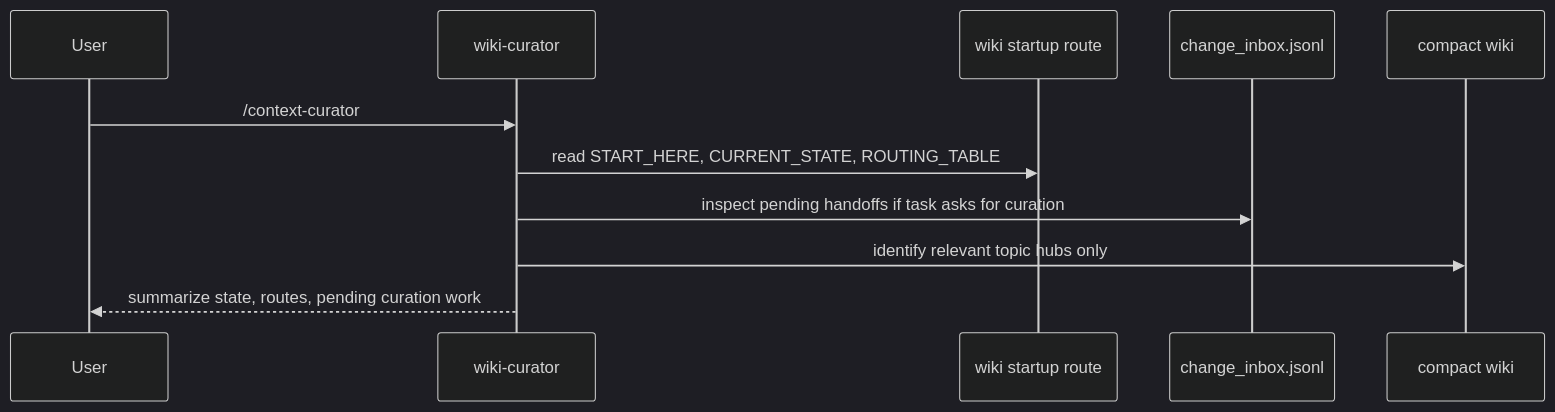
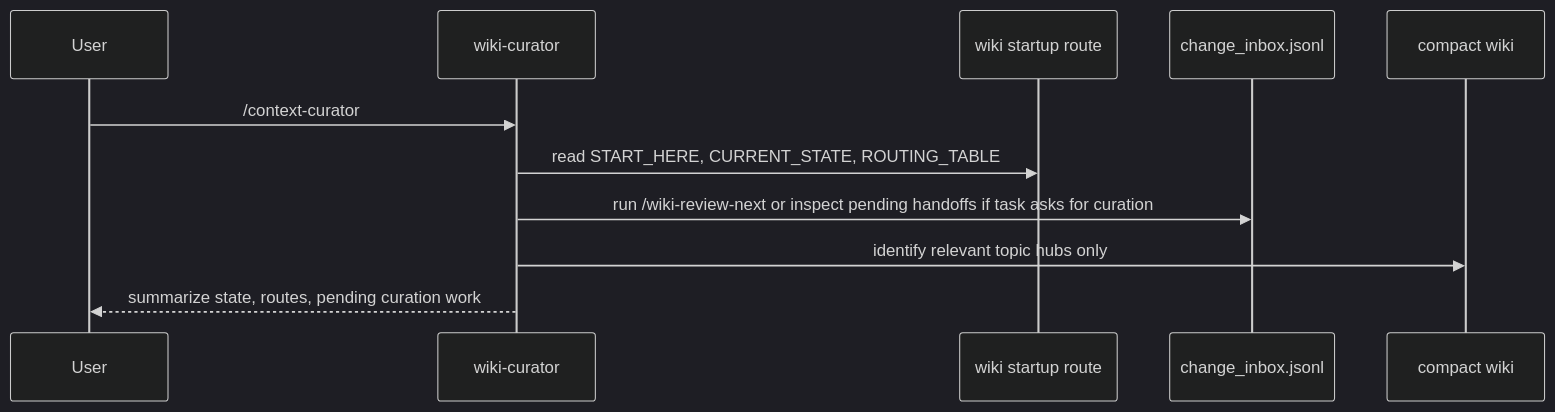
One commit to zsayem30/agent-wiki changed the first of 3 diagrams in docs/curator-workflow.md. Above: the diagram before and after it, drawn with Mermaid (dark theme). The commit also changed other lines of this file and 37 other files, not shown here.

````diff
--- a/docs/curator-workflow.md
+++ b/docs/curator-workflow.md
@@ -28,14 +29,14 @@
 ```{mermaid}
 sequenceDiagram
     participant User
     participant Curator as wiki-curator
     participant Route as wiki startup route
     participant Inbox as change_inbox.jsonl
     participant Wiki as compact wiki
 
     User->>Curator: /context-curator
     Curator->>Route: read START_HERE, CURRENT_STATE, ROUTING_TABLE
-    Curator->>Inbox: inspect pending handoffs if task asks for curation
+    Curator->>Inbox: run /wiki-review-next or inspect pending handoffs if task asks for curation
     Curator->>Wiki: identify relevant topic hubs only
     Curator-->>User: summarize state, routes, pending curation work
 ```
````
